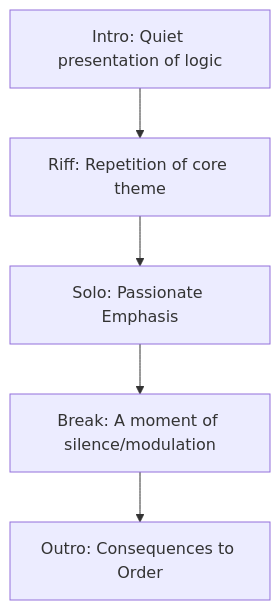
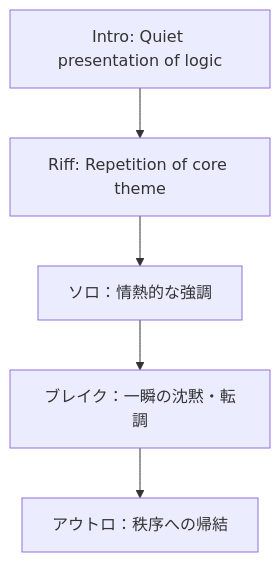
The first of 3 diagrams in en/_posts/2025-10-25-column-takaichi-metal.md (monumental-movement/monumental-movement.github.io), drawn with Mermaid before and after one commit. The commit also changed other lines of this file and 2196 other files, not shown here.

```diff
--- a/en/_posts/2025-10-25-column-takaichi-metal.md
+++ b/en/_posts/2025-10-25-column-takaichi-metal.md
@@ -104,12 +103,12 @@
 <div class="mermaid">
 
 flowchart TD
     A["Intro: Quiet presentation of logic"]
     B["Riff: Repetition of core theme"]
-    C["Solo: Passionate Emphasis"]
-    D["Break: A moment of silence/modulation"]
-    E["Outro: Consequences to Order"]
+    C["ソロ：情熱的な強調"]
+    D["ブレイク：一瞬の沈黙・転調"]
+    E["アウトロ：秩序への帰結"]
 
     A --> B --> C --> D --> E
 
 </div>
```
